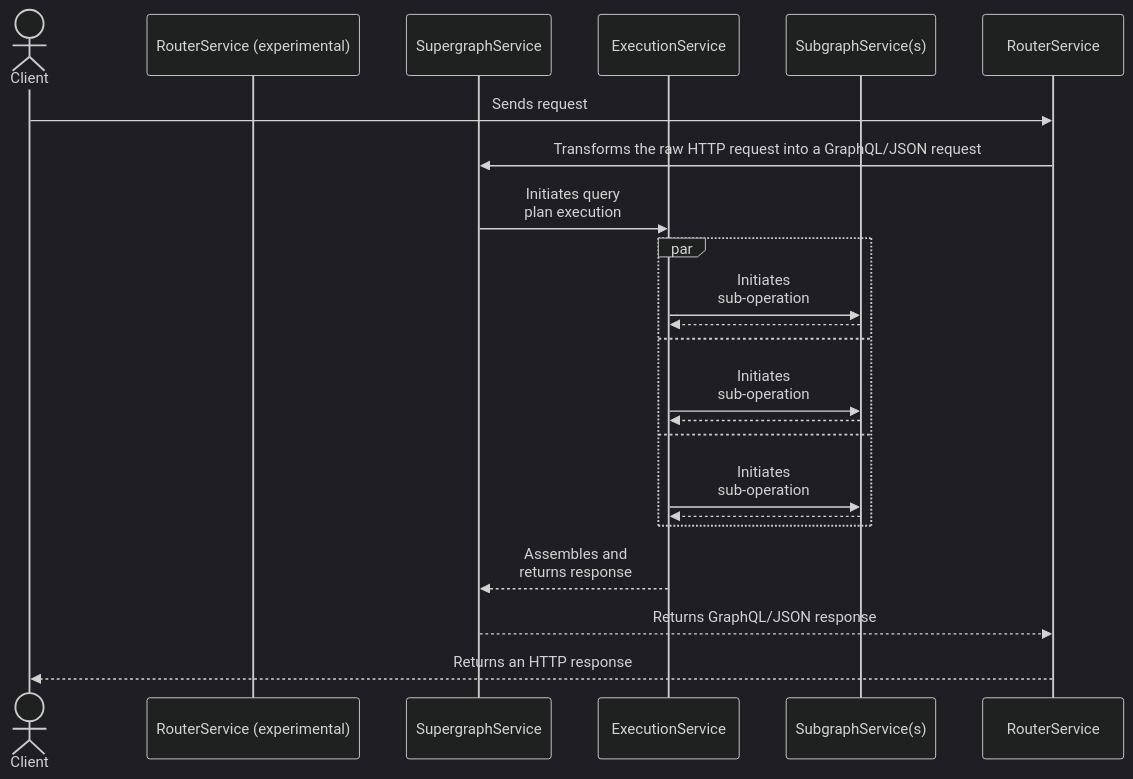
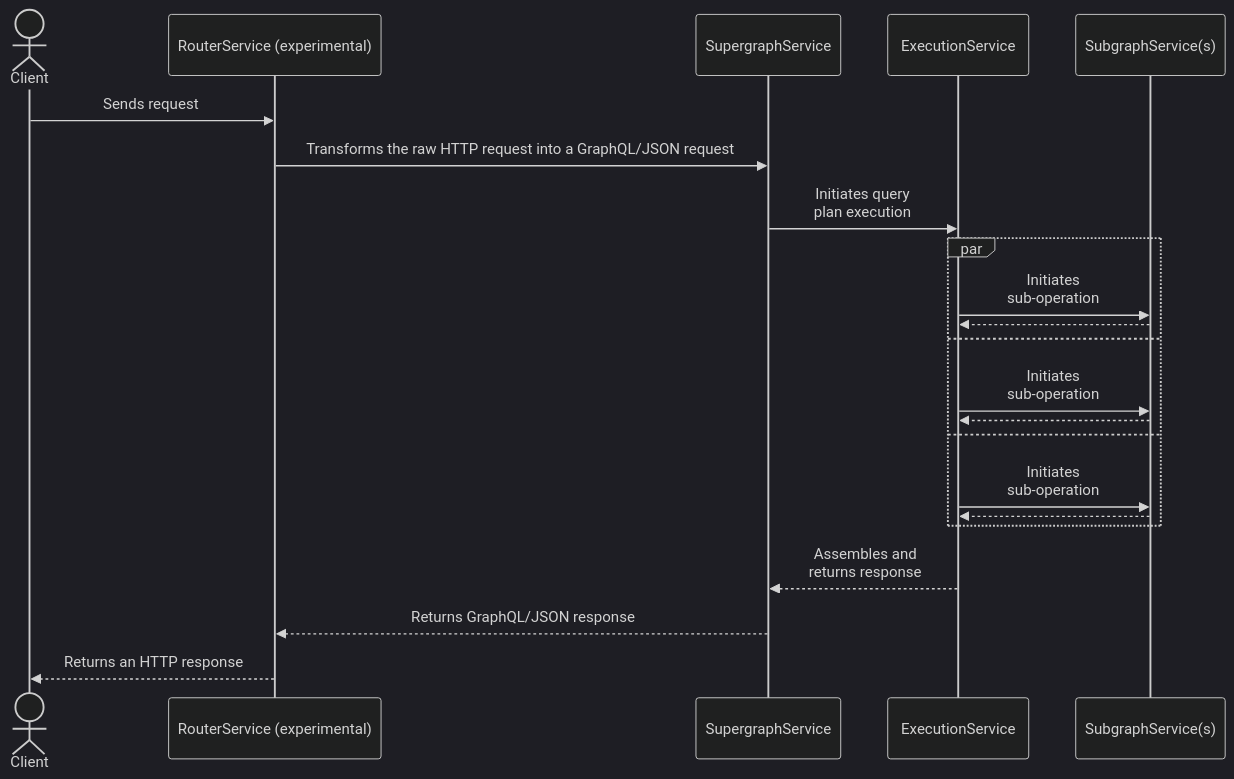
One commit to apollographql/router changed the diagram in docs/source/customizations/overview.mdx. Above: the diagram before and after it, drawn with Mermaid (dark theme).

Commit message:
Fix mermaid graph (#2479)
The participant name was incorrect

````diff
--- a/docs/source/customizations/overview.mdx
+++ b/docs/source/customizations/overview.mdx
@@ -28,25 +28,25 @@
 ```mermaid
 sequenceDiagram
     actor Client
     participant RouterService (experimental)
     participant SupergraphService
     participant ExecutionService
     participant SubgraphService(s)
 
-    Client->>RouterService: Sends request
-    RouterService->>SupergraphService: Transforms the raw HTTP request into a GraphQL/JSON request
+    Client->>RouterService (experimental): Sends request
+    RouterService (experimental)->>SupergraphService: Transforms the raw HTTP request into a GraphQL/JSON request
     SupergraphService->>ExecutionService: Initiates query<br/>plan execution
     par
     ExecutionService->>SubgraphService(s): Initiates<br/>sub-operation
     SubgraphService(s)-->>ExecutionService: 
     and
     ExecutionService->>SubgraphService(s): Initiates<br/>sub-operation
     SubgraphService(s)-->>ExecutionService: 
     and
     ExecutionService->>SubgraphService(s): Initiates<br/>sub-operation
     SubgraphService(s)-->>ExecutionService: 
     end
     ExecutionService-->>SupergraphService: Assembles and<br/>returns response
-    SupergraphService-->>RouterService: Returns GraphQL/JSON response
-    RouterService-->>Client: Returns an HTTP response
+    SupergraphService-->>RouterService (experimental): Returns GraphQL/JSON response
+    RouterService (experimental)-->>Client: Returns an HTTP response
 ```
````
